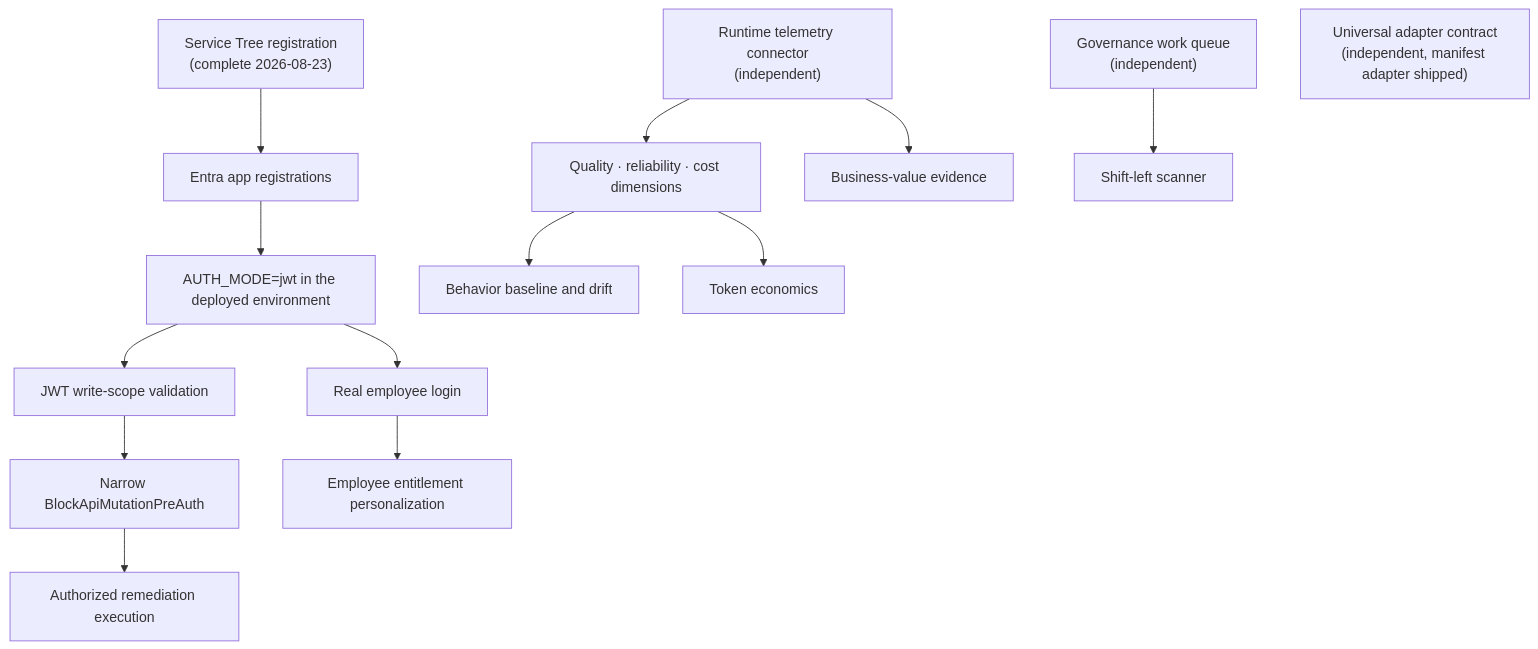
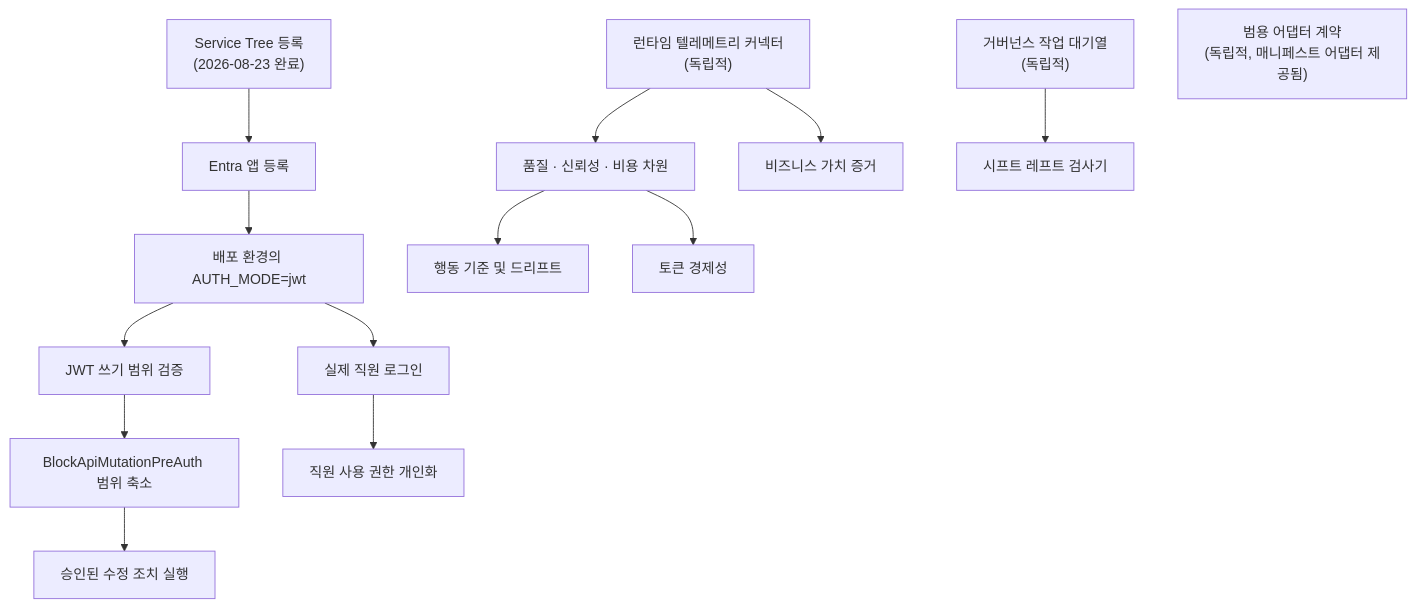
The diagram in docs/roadmap.md (YOONPYOGitHub/agent-sentinel), drawn with Mermaid before and after one commit. The commit also changed other lines of this file and 9 other files, not shown here.

````diff
--- a/docs/roadmap.md
+++ b/docs/roadmap.md
@@ -25,20 +27,20 @@
 ```mermaid
 flowchart TD
-    ST["Service Tree registration<br/>(complete 2026-08-23)"]
-    ST --> EA["Entra app registrations"]
-    EA --> AUTH["AUTH_MODE=jwt in the deployed environment"]
-    AUTH --> LOGIN["Real employee login"]
-    AUTH --> WRITE["JWT write-scope validation"]
-    WRITE --> WAF["Narrow BlockApiMutationPreAuth"]
-    WAF --> REM["Authorized remediation execution"]
-    LOGIN --> ENT["Employee entitlement personalization"]
+    ST["Service Tree 등록<br/>(2026-08-23 완료)"]
+    ST --> EA["Entra 앱 등록"]
+    EA --> AUTH["배포 환경의 AUTH_MODE=jwt"]
+    AUTH --> LOGIN["실제 직원 로그인"]
+    AUTH --> WRITE["JWT 쓰기 범위 검증"]
+    WRITE --> WAF["BlockApiMutationPreAuth 범위 축소"]
+    WAF --> REM["승인된 수정 조치 실행"]
+    LOGIN --> ENT["직원 사용 권한 개인화"]
 
-    TEL["Runtime telemetry connector<br/>(independent)"]
-    TEL --> DIMS["Quality · reliability · cost dimensions"]
-    DIMS --> DRIFT["Behavior baseline and drift"]
-    DIMS --> TOKEN["Token economics"]
-    TEL --> VALUE["Business-value evidence"]
+    TEL["런타임 텔레메트리 커넥터<br/>(독립적)"]
+    TEL --> DIMS["품질 · 신뢰성 · 비용 차원"]
+    DIMS --> DRIFT["행동 기준 및 드리프트"]
+    DIMS --> TOKEN["토큰 경제성"]
+    TEL --> VALUE["비즈니스 가치 증거"]
 
-    GOV["Governance work queue<br/>(independent)"] --> SHIFT["Shift-left scanner"]
-    ADAPT["Universal adapter contract<br/>(independent, manifest adapter shipped)"]
+    GOV["거버넌스 작업 대기열<br/>(독립적)"] --> SHIFT["시프트 레프트 검사기"]
+    ADAPT["범용 어댑터 계약<br/>(독립적, 매니페스트 어댑터 제공됨)"]
 ```
````
